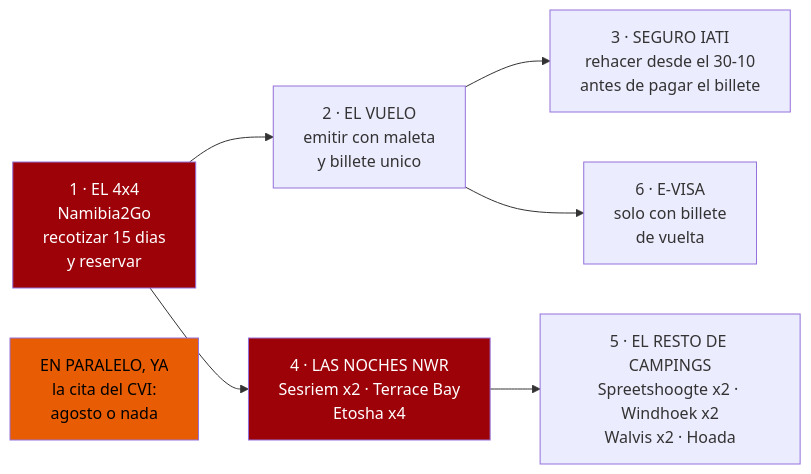
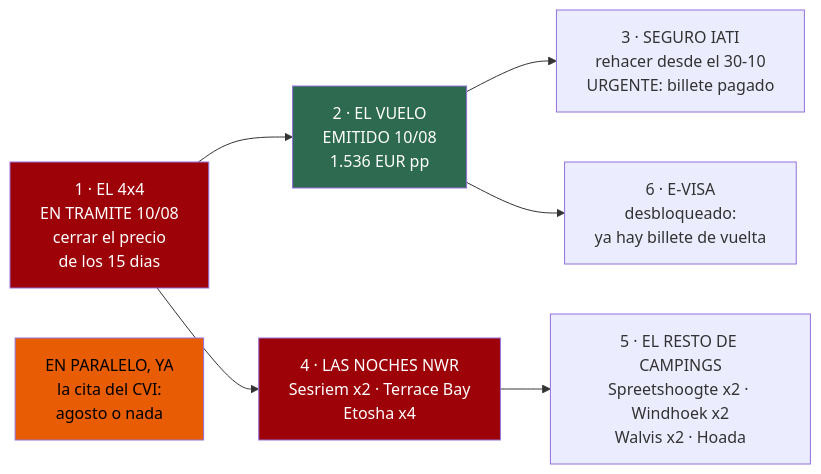
The diagram in 21-reservas.md (morandeirachema/namibia), drawn with Mermaid before and after one commit. The commit also changed other lines of this file and 7 other files, not shown here.

````diff
--- a/21-reservas.md
+++ b/21-reservas.md
@@ -26,13 +27,14 @@
 ```mermaid
 flowchart LR
 %% ancho
-    C["1 · EL 4x4<br/>Namibia2Go<br/>recotizar 15 dias<br/>y reservar"] --> V["2 · EL VUELO<br/>emitir con maleta<br/>y billete unico"]
-    V --> S["3 · SEGURO IATI<br/>rehacer desde el 30-10<br/>antes de pagar el billete"]
-    V --> E["6 · E-VISA<br/>solo con billete<br/>de vuelta"]
+    C["1 · EL 4x4<br/>EN TRAMITE 10/08<br/>cerrar el precio<br/>de los 15 dias"] --> V["2 · EL VUELO<br/>EMITIDO 10/08<br/>1.536 EUR pp"]
+    V --> S["3 · SEGURO IATI<br/>rehacer desde el 30-10<br/>URGENTE: billete pagado"]
+    V --> E["6 · E-VISA<br/>desbloqueado:<br/>ya hay billete de vuelta"]
     C --> N["4 · LAS NOCHES NWR<br/>Sesriem x2 · Terrace Bay<br/>Etosha x4"]
     N --> R["5 · EL RESTO DE CAMPINGS<br/>Spreetshoogte x2 · Windhoek x2<br/>Walvis x2 · Hoada"]
     P["EN PARALELO, YA<br/>la cita del CVI:<br/>agosto o nada"]
     style C fill:#9d0208,color:#fff
+    style V fill:#2d6a4f,color:#fff
     style N fill:#9d0208,color:#fff
     style P fill:#e85d04,color:#000
 ```
````
